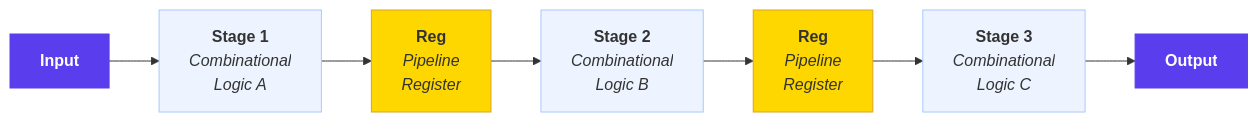
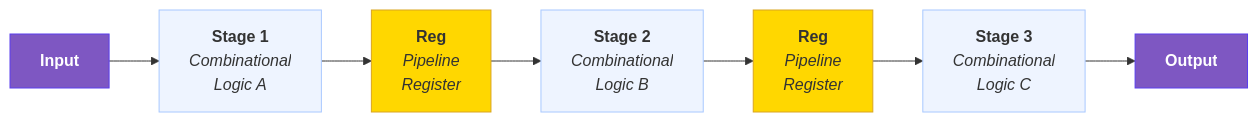
Before and after one commit to Nati-123/intelligent-textbook-ee2301: the third of 3 diagrams in docs/unit13-system-integration/index.md, drawn with Mermaid.

Commit message:
Lighten pipeline diagram IN/OUT box colors in Unit 13.9
Change fill from #5A3EED to #7E57C2 for better text visibility.

````diff
--- a/docs/unit13-system-integration/index.md
+++ b/docs/unit13-system-integration/index.md
@@ -514,20 +514,20 @@
 ```mermaid
 flowchart LR
     IN["<b>Input</b>"]
     S1["<b>Stage 1</b><br/><i>Combinational<br/>Logic A</i>"]
     R1["<b>Reg</b><br/><i>Pipeline<br/>Register</i>"]
     S2["<b>Stage 2</b><br/><i>Combinational<br/>Logic B</i>"]
     R2["<b>Reg</b><br/><i>Pipeline<br/>Register</i>"]
     S3["<b>Stage 3</b><br/><i>Combinational<br/>Logic C</i>"]
     OUT["<b>Output</b>"]
 
     IN --> S1 --> R1 --> S2 --> R2 --> S3 --> OUT
 
-    style IN fill:#5A3EED,stroke:#5A3EED,color:#fff
+    style IN fill:#7E57C2,stroke:#5A3EED,color:#fff
     style S1 fill:#EEF4FF,stroke:#A8C8FF,color:#333
     style R1 fill:#FFD700,stroke:#DAA520,color:#333
     style S2 fill:#EEF4FF,stroke:#A8C8FF,color:#333
     style R2 fill:#FFD700,stroke:#DAA520,color:#333
     style S3 fill:#EEF4FF,stroke:#A8C8FF,color:#333
-    style OUT fill:#5A3EED,stroke:#5A3EED,color:#fff
+    style OUT fill:#7E57C2,stroke:#5A3EED,color:#fff
 ```
````
